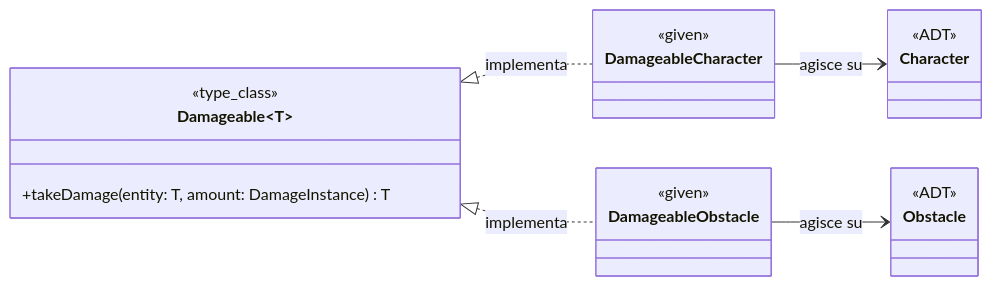
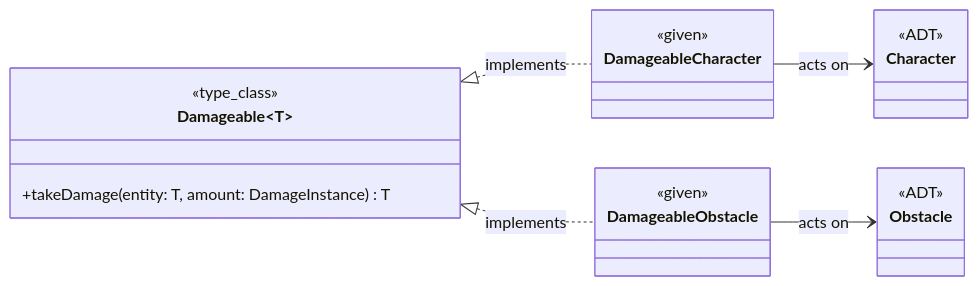
One commit to zanetti33/PPS-24-ToSAB changed the diagram in docs/report/implementation/pedrini-impl.md. Above: the diagram before and after it, drawn with Mermaid. The commit also changed other lines of this file and 2 other files, not shown here.

````diff
--- a/docs/report/implementation/pedrini-impl.md
+++ b/docs/report/implementation/pedrini-impl.md
@@ -57,31 +52,31 @@
 ```mermaid
 classDiagram
     direction LR
 
     class Damageable~T~ {
         <<type_class>>
         +takeDamage(entity: T, amount: DamageInstance) T
     }
 
     class DamageableCharacter {
         <<given>>
     }
 
     class DamageableObstacle {
         <<given>>
     }
 
     class Character {
         <<ADT>>
     }
 
     class Obstacle {
         <<ADT>>
     }
 
-    Damageable~T~ <|.. DamageableCharacter : implementa
-    Damageable~T~ <|.. DamageableObstacle : implementa
+    Damageable~T~ <|.. DamageableCharacter : implements
+    Damageable~T~ <|.. DamageableObstacle : implements
 
-    DamageableCharacter --> Character : agisce su
-    DamageableObstacle --> Obstacle : agisce su
+    DamageableCharacter --> Character : acts on
+    DamageableObstacle --> Obstacle : acts on
 ```
````
